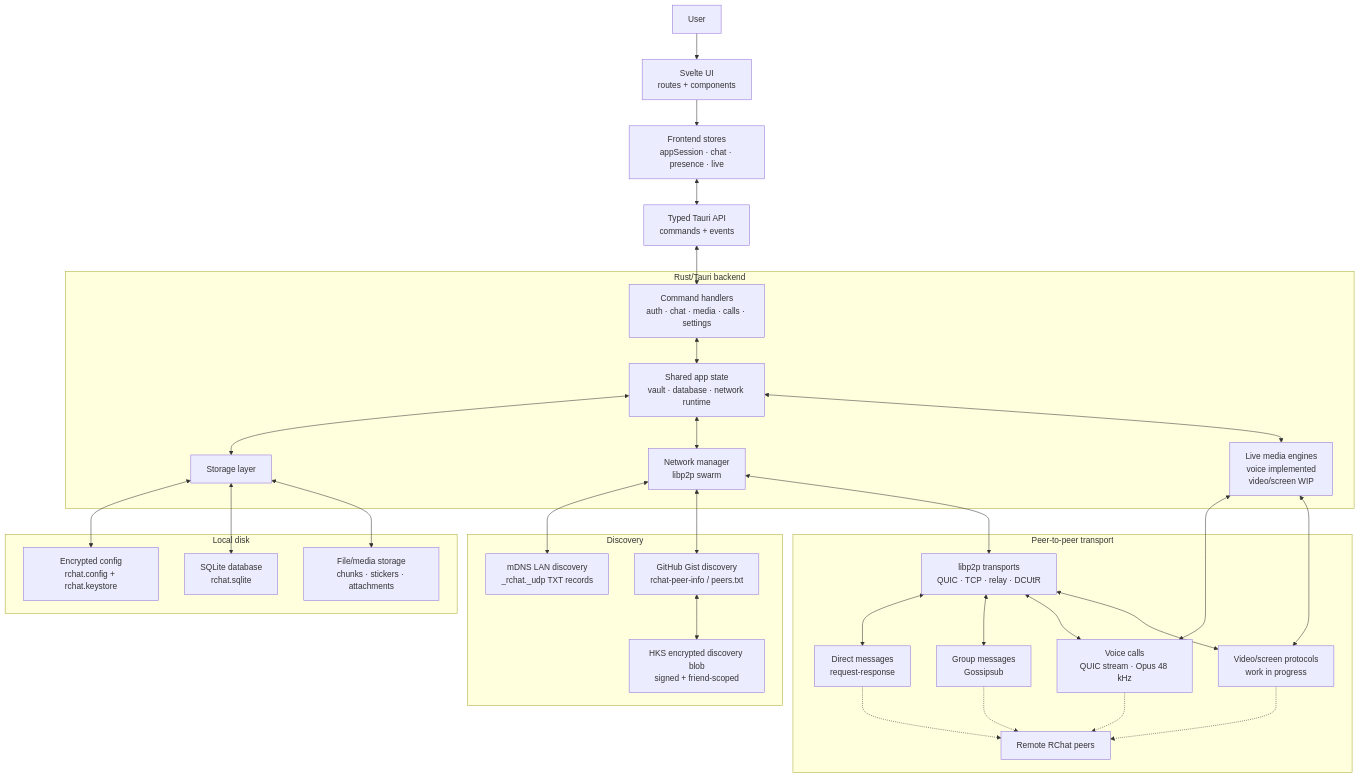
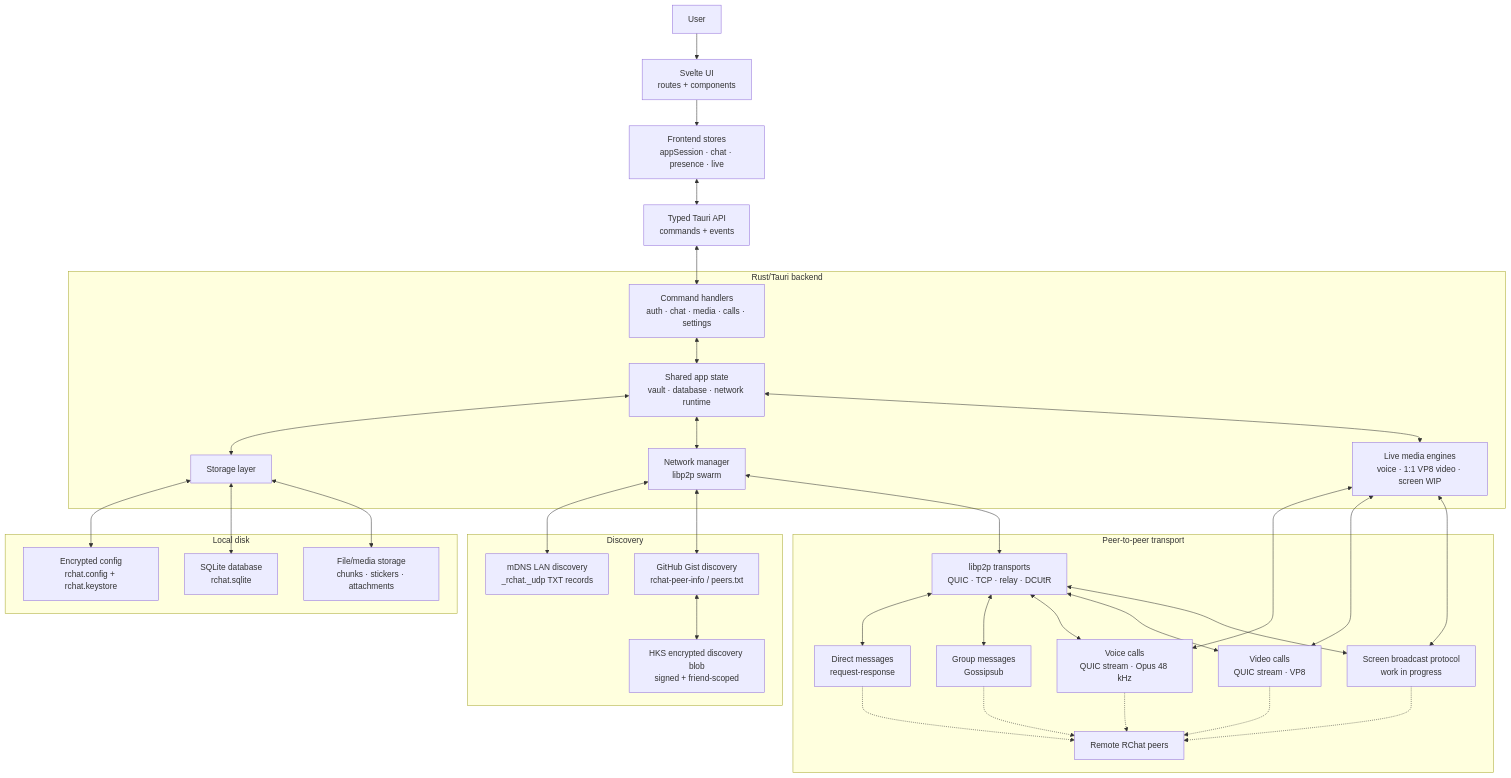
One commit to ata-sesli/rchat changed the diagram in README.md. Above: the diagram before and after it, drawn with Mermaid. The commit also changed other lines of this file and 26 other files, not shown here.

````diff
--- a/README.md
+++ b/README.md
@@ -55,65 +57,69 @@
 ```mermaid
 flowchart TB
   user["User"]
   ui["Svelte UI<br/>routes + components"]
   stores["Frontend stores<br/>appSession · chat · presence · live"]
   api["Typed Tauri API<br/>commands + events"]
 
   subgraph backend["Rust/Tauri backend"]
     commands["Command handlers<br/>auth · chat · media · calls · settings"]
     appstate["Shared app state<br/>vault · database · network runtime"]
     storage["Storage layer"]
     network["Network manager<br/>libp2p swarm"]
-    live["Live media engines<br/>voice implemented<br/>video/screen WIP"]
+    live["Live media engines<br/>voice · 1:1 VP8 video · screen WIP"]
   end
 
   subgraph disk["Local disk"]
     vault["Encrypted config<br/>rchat.config + rchat.keystore"]
     sqlite["SQLite database<br/>rchat.sqlite"]
     files["File/media storage<br/>chunks · stickers · attachments"]
   end
 
   subgraph discovery["Discovery"]
     mdns["mDNS LAN discovery<br/>_rchat._udp TXT records"]
     gist["GitHub Gist discovery<br/>rchat-peer-info / peers.txt"]
     hks["HKS encrypted discovery blob<br/>signed + friend-scoped"]
   end
 
   subgraph p2p["Peer-to-peer transport"]
     transports["libp2p transports<br/>QUIC · TCP · relay · DCUtR"]
     dm["Direct messages<br/>request-response"]
     group["Group messages<br/>Gossipsub"]
     voice["Voice calls<br/>QUIC stream · Opus 48 kHz"]
-    wipmedia["Video/screen protocols<br/>work in progress"]
+    video["Video calls<br/>QUIC stream · VP8"]
+    wipmedia["Screen broadcast protocol<br/>work in progress"]
     remote["Remote RChat peers"]
   end
 
   user --> ui
   ui --> stores
   stores <--> api
   api <--> commands
   commands <--> appstate
   appstate <--> storage
   appstate <--> network
   appstate <--> live
 
   storage <--> vault
   storage <--> sqlite
   storage <--> files
 
   network <--> mdns
   network <--> gist
   gist <--> hks
   network <--> transports
   transports <--> dm
   transports <--> group
   transports <--> voice
+  transports <--> video
   transports <--> wipmedia
   live <--> voice
+  live <--> video
   live <--> wipmedia
 
   dm -.-> remote
   group -.-> remote
   voice -.-> remote
+  video -.-> remote
   wipmedia -.-> remote
 ```
````
